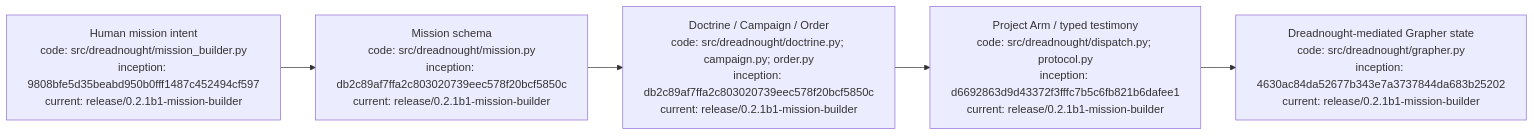
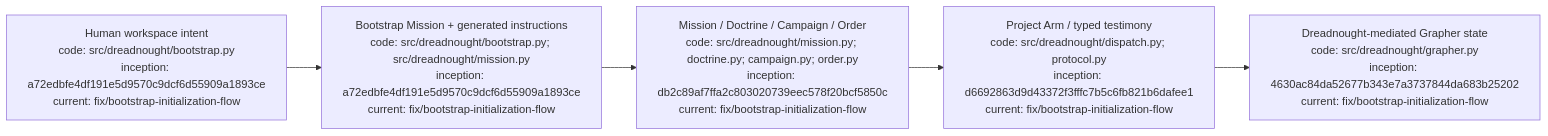
The diagram in README.md (seanbman/dreadnought), drawn with Mermaid before and after one commit. The commit also changed other lines of this file, not shown here.

Commit message:
docs: make workspace bootstrap the primary setup path

````diff
--- a/README.md
+++ b/README.md
@@ -122,7 +140,7 @@
 ```mermaid
 flowchart LR
-    H["Human mission intent\ncode: src/dreadnought/mission_builder.py\ninception: 9808bfe5d35beabd950b0fff1487c452494cf597\ncurrent: release/0.2.1b1-mission-builder"] --> M["Mission schema\ncode: src/dreadnought/mission.py\ninception: db2c89af7ffa2c803020739eec578f20bcf5850c\ncurrent: release/0.2.1b1-mission-builder"]
-    M --> O["Doctrine / Campaign / Order\ncode: src/dreadnought/doctrine.py; campaign.py; order.py\ninception: db2c89af7ffa2c803020739eec578f20bcf5850c\ncurrent: release/0.2.1b1-mission-builder"]
-    O --> A["Project Arm / typed testimony\ncode: src/dreadnought/dispatch.py; protocol.py\ninception: d6692863d9d43372f3fffc7b5c6fb821b6dafee1\ncurrent: release/0.2.1b1-mission-builder"]
-    A --> G["Dreadnought-mediated Grapher state\ncode: src/dreadnought/grapher.py\ninception: 4630ac84da52677b343e7a3737844da683b25202\ncurrent: release/0.2.1b1-mission-builder"]
+    H["Human workspace intent\ncode: src/dreadnought/bootstrap.py\ninception: a72edbfe4df191e5d9570c9dcf6d55909a1893ce\ncurrent: fix/bootstrap-initialization-flow"] --> B["Bootstrap Mission + generated instructions\ncode: src/dreadnought/bootstrap.py; src/dreadnought/mission.py\ninception: a72edbfe4df191e5d9570c9dcf6d55909a1893ce\ncurrent: fix/bootstrap-initialization-flow"]
+    B --> M["Mission / Doctrine / Campaign / Order\ncode: src/dreadnought/mission.py; doctrine.py; campaign.py; order.py\ninception: db2c89af7ffa2c803020739eec578f20bcf5850c\ncurrent: fix/bootstrap-initialization-flow"]
+    M --> A["Project Arm / typed testimony\ncode: src/dreadnought/dispatch.py; protocol.py\ninception: d6692863d9d43372f3fffc7b5c6fb821b6dafee1\ncurrent: fix/bootstrap-initialization-flow"]
+    A --> G["Dreadnought-mediated Grapher state\ncode: src/dreadnought/grapher.py\ninception: 4630ac84da52677b343e7a3737844da683b25202\ncurrent: fix/bootstrap-initialization-flow"]
 ```
````
